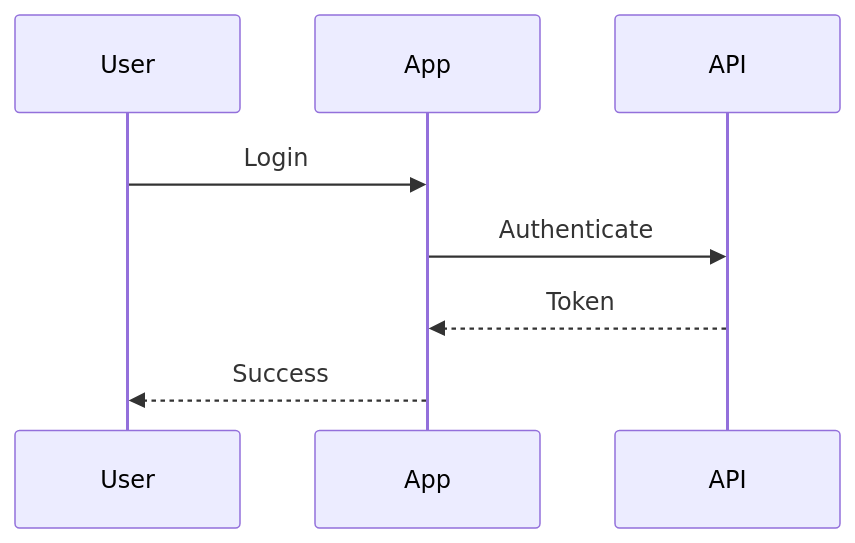
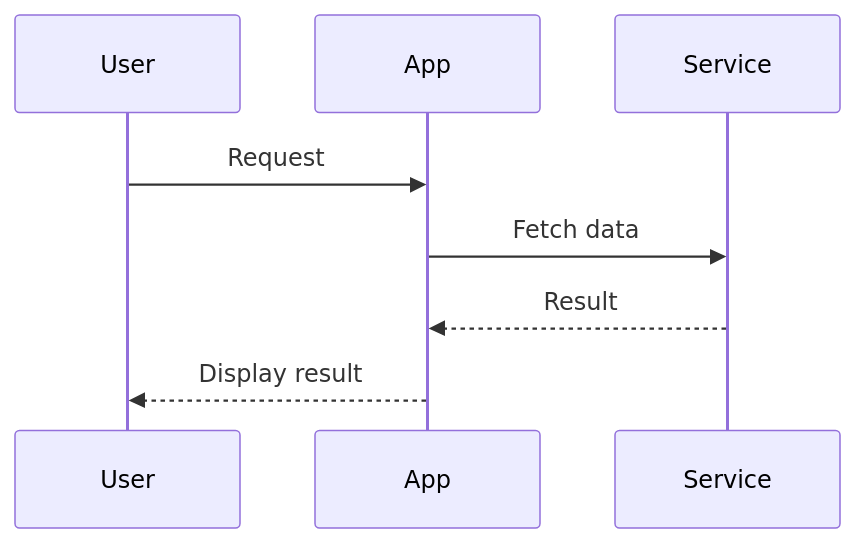
The second of 2 diagrams in .agents/skills/mermaid-diagrams/SKILL.md (robikujei/cemetery_app), drawn with Mermaid before and after one commit. The commit also changed other lines of this file and 7 other files, not shown here.

````diff
--- a/.agents/skills/mermaid-diagrams/SKILL.md
+++ b/.agents/skills/mermaid-diagrams/SKILL.md
@@ -64,11 +61,10 @@
 ```mermaid
 sequenceDiagram
     participant User
     participant App
-    participant API
-
-    User->>App: Login
-    App->>API: Authenticate
-    API-->>App: Token
-    App-->>User: Success
+    participant Service
+    User->>App: Request
+    App->>Service: Fetch data
+    Service-->>App: Result
+    App-->>User: Display result
 ```
````
